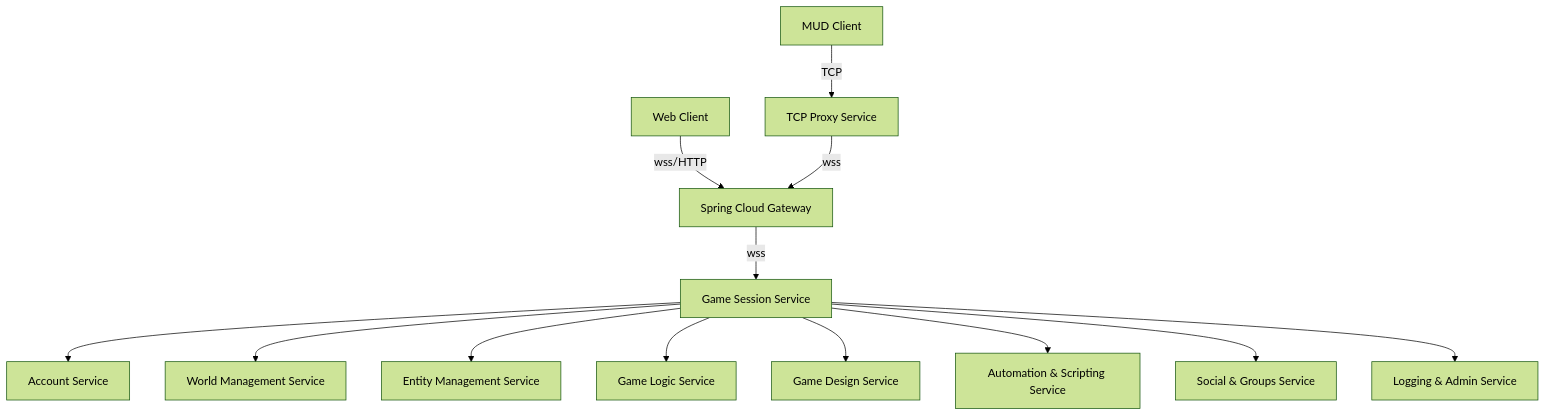
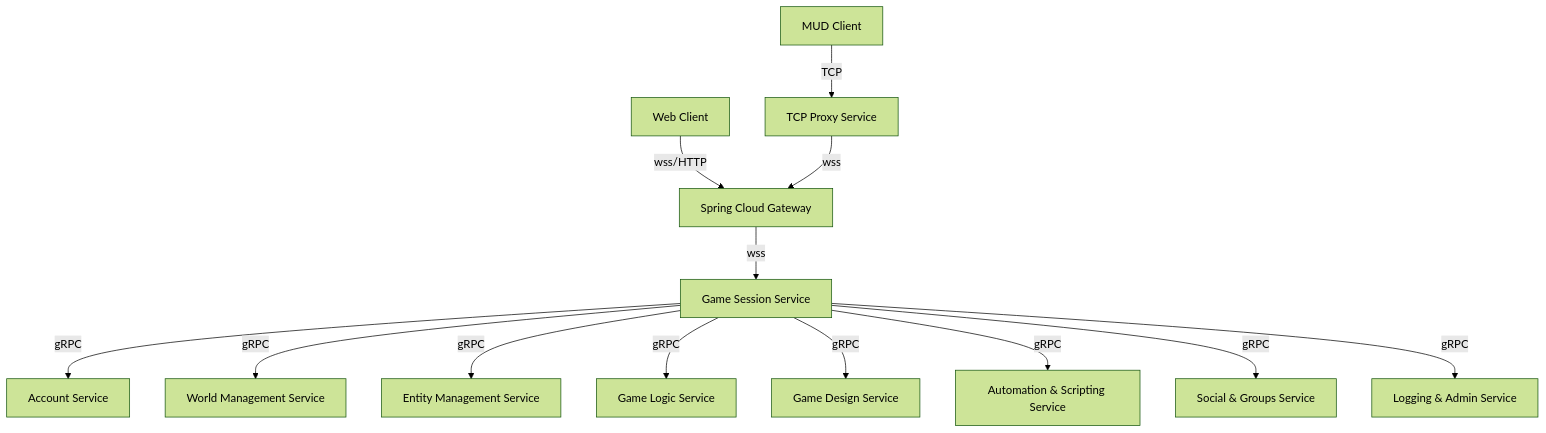
The diagram in design/architecture/system-architecture-diagram.md (benhook1013/FireMUD), drawn with Mermaid (forest theme) before and after one commit. The commit also changed other lines of this file, not shown here.

Commit message:
Add gRPC labels to architecture diagram

````diff
--- a/design/architecture/system-architecture-diagram.md
+++ b/design/architecture/system-architecture-diagram.md
@@ -3,16 +3,16 @@
 ```mermaid
 flowchart TD
     MUD[MUD Client] -- TCP --> TCPProxy[TCP Proxy Service]
     Web[Web Client] -- wss/HTTP --> Gateway[Spring Cloud Gateway]
     TCPProxy -- wss --> Gateway
     Gateway -- wss --> Session[Game Session Service]
 
-    Session --> Account[Account Service]
-    Session --> World[World Management Service]
-    Session --> Entity[Entity Management Service]
-    Session --> Logic[Game Logic Service]
-    Session --> Design[Game Design Service]
-    Session --> Script[Automation & Scripting Service]
-    Session --> Social[Social & Groups Service]
-    Session --> Logging[Logging & Admin Service]
+    Session -- gRPC --> Account[Account Service]
+    Session -- gRPC --> World[World Management Service]
+    Session -- gRPC --> Entity[Entity Management Service]
+    Session -- gRPC --> Logic[Game Logic Service]
+    Session -- gRPC --> Design[Game Design Service]
+    Session -- gRPC --> Script[Automation & Scripting Service]
+    Session -- gRPC --> Social[Social & Groups Service]
+    Session -- gRPC --> Logging[Logging & Admin Service]
 ```
````
